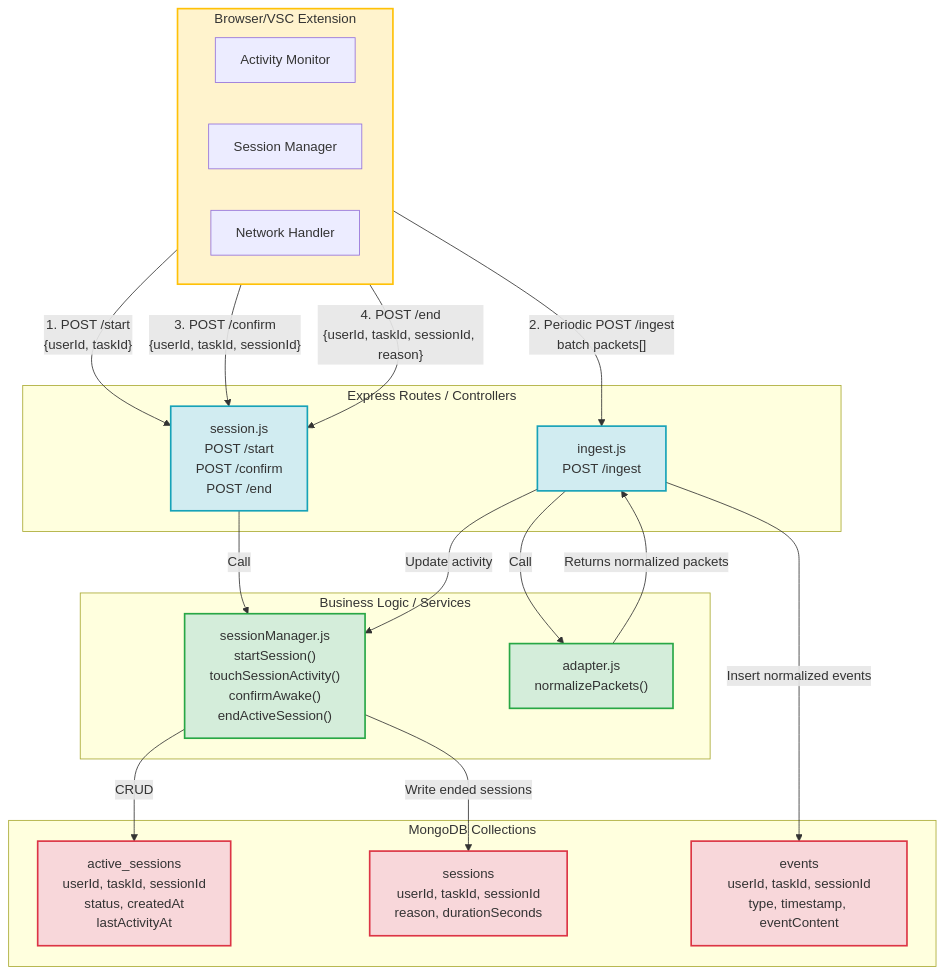
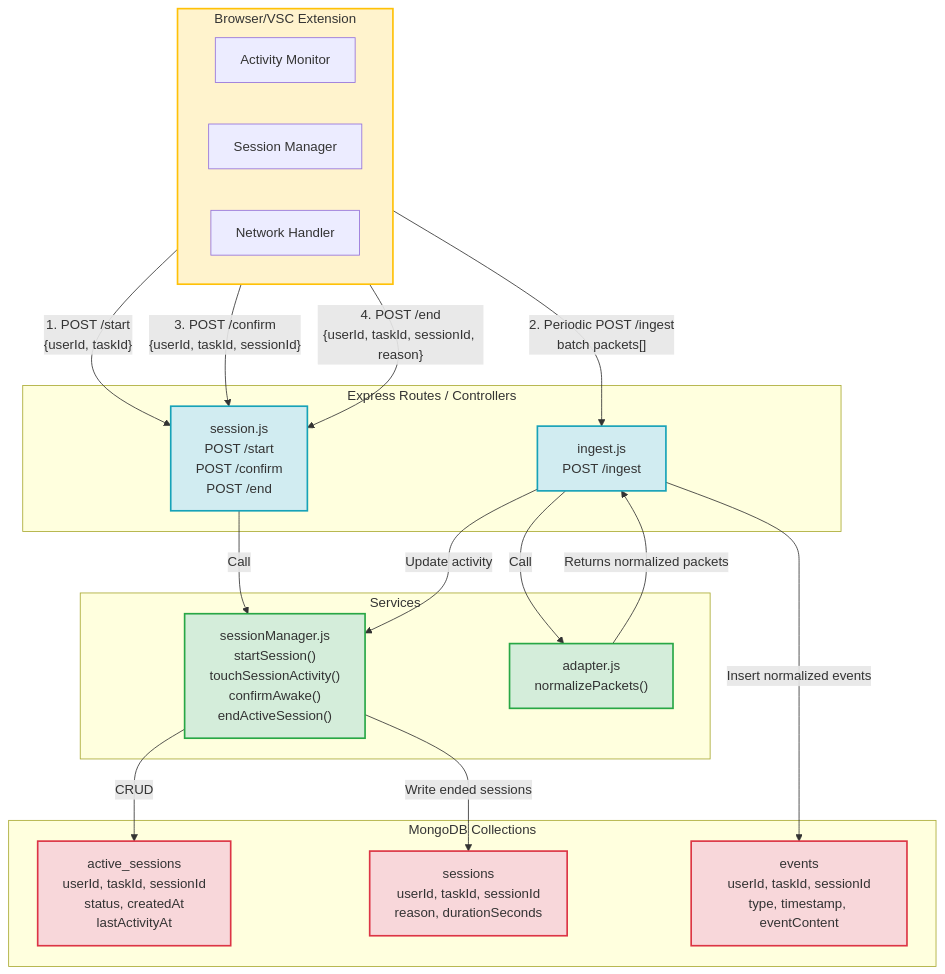
One commit to Scalm01/ForLab3GuessNumber changed the first of 3 diagrams in ARCHITECTURE.md. Above: the diagram before and after it, drawn with Mermaid.

Commit message:
Rename subgraph from 'Business Logic' to 'Services'

````diff
--- a/ARCHITECTURE.md
+++ b/ARCHITECTURE.md
@@ -9,51 +9,51 @@
 ```mermaid
 graph TB
     subgraph EXT["Browser/VSC Extension"]
         E1["Activity Monitor"]
         E2["Session Manager"]
         E3["Network Handler"]
     end
     
     subgraph API["Express Routes / Controllers"]
         RS["session.js<br/>POST /start<br/>POST /confirm<br/>POST /end"]
         RI["ingest.js<br/>POST /ingest"]
     end
     
-    subgraph LOGIC["Business Logic / Services"]
+    subgraph LOGIC["Services"]
         SM["sessionManager.js<br/>startSession()<br/>touchSessionActivity()<br/>confirmAwake()<br/>endActiveSession()"]
         AD["adapter.js<br/>normalizePackets()"]
     end
     
     subgraph DB["MongoDB Collections"]
         AS["active_sessions<br/>userId, taskId, sessionId<br/>status, createdAt<br/>lastActivityAt"]
         S["sessions<br/>userId, taskId, sessionId<br/>reason, durationSeconds"]
         E["events<br/>userId, taskId, sessionId<br/>type, timestamp, eventContent"]
     end
     
     %% Extension to Routes
     EXT -->|"1. POST /start<br/>{userId, taskId}"| RS
     EXT -->|"3. POST /confirm<br/>{userId, taskId, sessionId}"| RS
     EXT -->|"4. POST /end<br/>{userId, taskId, sessionId, reason}"| RS
     EXT -->|"2. Periodic POST /ingest<br/>batch packets[]"| RI
     
     %% Routes to Logic
     RS -->|"Call"| SM
     RI -->|"Call"| AD
     RI -->|"Update activity"| SM
     
     %% Logic to DB
     SM -->|"CRUD"| AS
     SM -->|"Write ended sessions"| S
     RI -->|"Insert normalized events"| E
     AD -->|"Returns normalized packets"| RI
     
     classDef extension fill:#fff3cd,stroke:#ffc107,stroke-width:2px
     classDef route fill:#d1ecf1,stroke:#17a2b8,stroke-width:2px
     classDef logic fill:#d4edda,stroke:#28a745,stroke-width:2px
     classDef database fill:#f8d7da,stroke:#dc3545,stroke-width:2px
     
     class EXT extension
     class RS,RI route
     class SM,AD logic
     class AS,S,E database
 ```
````
